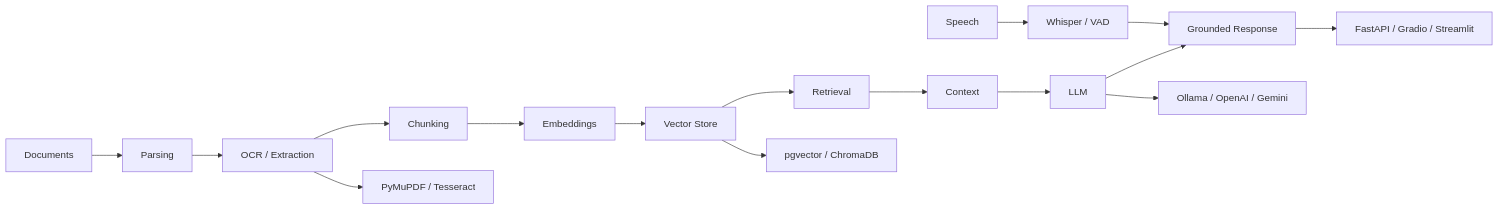
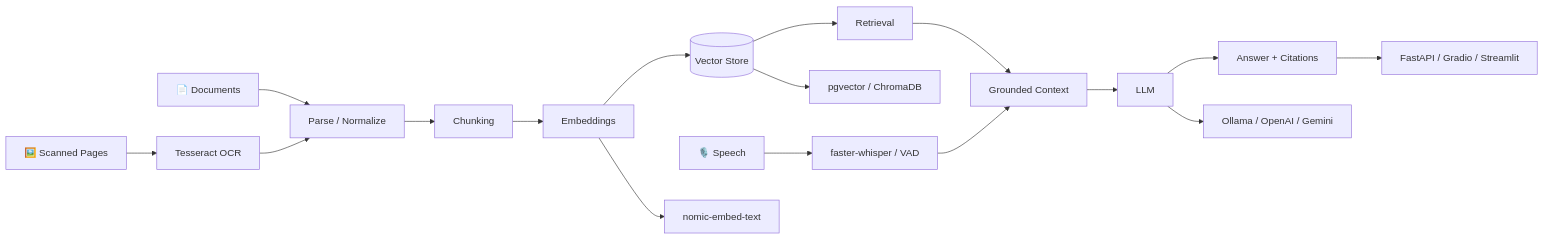
The diagram in README.md (fizzahussain/fizzahussain), drawn with Mermaid before and after one commit. The commit also changed other lines of this file, not shown here.

````diff
--- a/README.md
+++ b/README.md
@@ -133,20 +116,22 @@
 ```mermaid
 flowchart LR
-    A[Documents] --> B[Parsing]
-    B --> C[OCR / Extraction]
-    C --> D[Chunking]
-    D --> E[Embeddings]
-    E --> F[Vector Store]
-    F --> G[Retrieval]
-    G --> H[Context]
-    H --> I[LLM]
-    I --> J[Grounded Response]
+    A["📄 Documents"] --> B["Parse / Normalize"]
+    B --> C["Chunking"]
+    C --> D["Embeddings"]
+    D --> E[("Vector Store")]
+    E --> F["Retrieval"]
+    F --> G["Grounded Context"]
+    G --> H["LLM"]
+    H --> I["Answer + Citations"]
 
-    K[Speech] --> L[Whisper / VAD]
-    L --> J
+    S["🎙️ Speech"] --> STT["faster-whisper / VAD"]
+    STT --> G
 
-    F --> F1[pgvector / ChromaDB]
-    I --> I1[Ollama / OpenAI / Gemini]
-    C --> C1[PyMuPDF / Tesseract]
-    J --> J1[FastAPI / Gradio / Streamlit]
+    O["🖼️ Scanned Pages"] --> OCR["Tesseract OCR"]
+    OCR --> B
+
+    E --> E1["pgvector / ChromaDB"]
+    D --> D1["nomic-embed-text"]
+    H --> H1["Ollama / OpenAI / Gemini"]
+    I --> I1["FastAPI / Gradio / Streamlit"]
 ```
````
